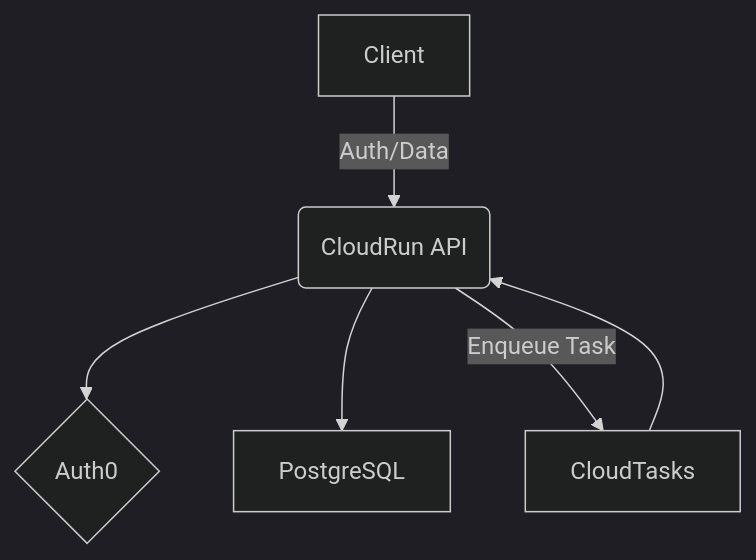
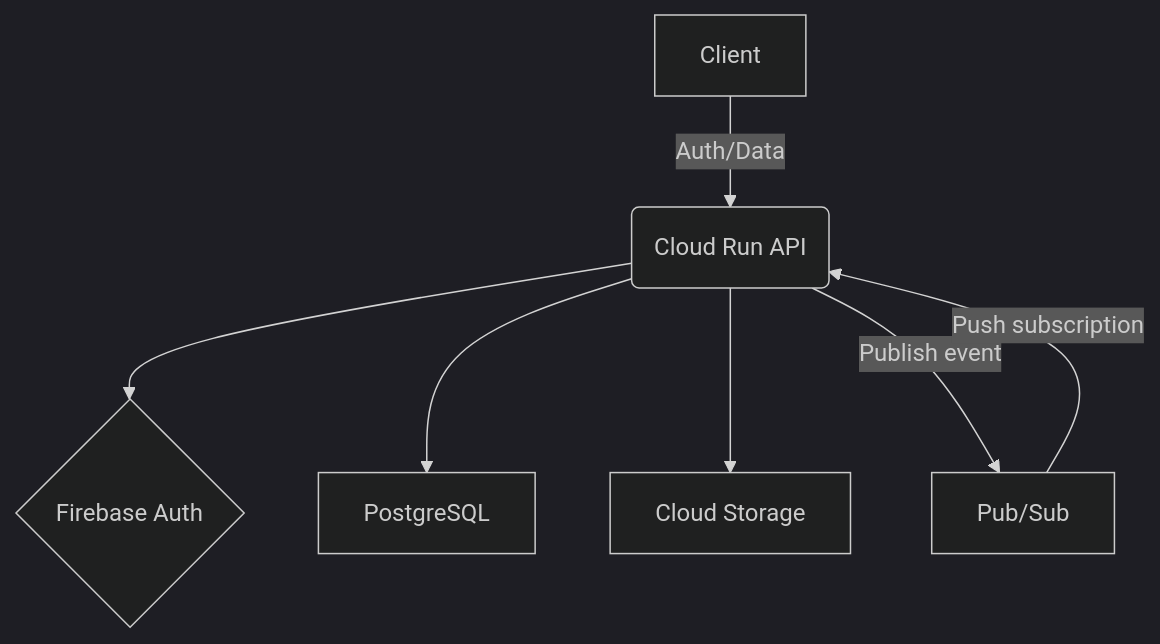
One commit to mrsalmon1976/apotheca changed the diagram in docs/architecture.md. Above: the diagram before and after it, drawn with Mermaid (dark theme). The commit also changed other lines of this file and 15 other files, not shown here.

````diff
--- a/docs/architecture.md
+++ b/docs/architecture.md
@@ -12,8 +15,9 @@
 ```mermaid
 graph TD
-  A[Client] -->|Auth/Data| B(CloudRun API)
-  B --> C{Auth0}
+  A[Client] -->|Auth/Data| B(Cloud Run API)
+  B --> C{Firebase Auth}
   B --> D[PostgreSQL]
-  B -->|Enqueue Task| E[CloudTasks]
-  E --> B
+  B --> E[Cloud Storage]
+  B -->|Publish event| F[Pub/Sub]
+  F -->|Push subscription| B
 ```
````
